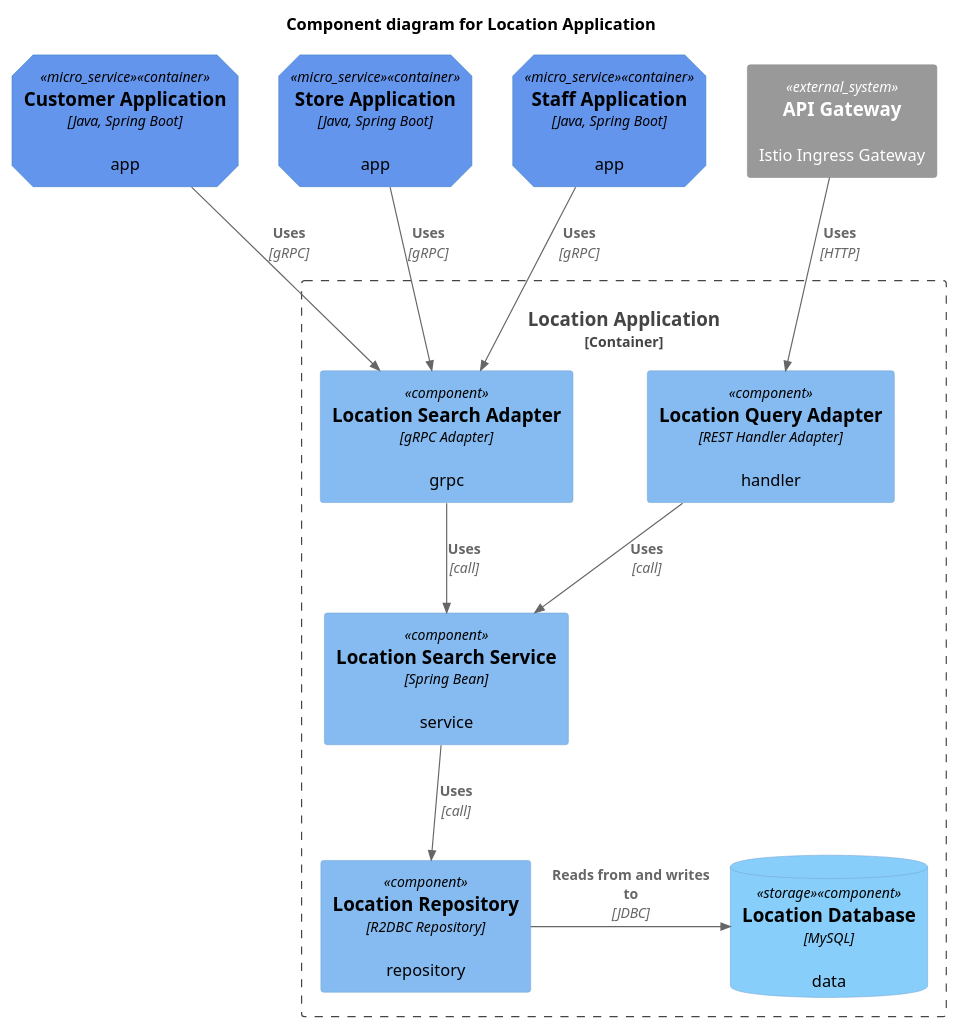
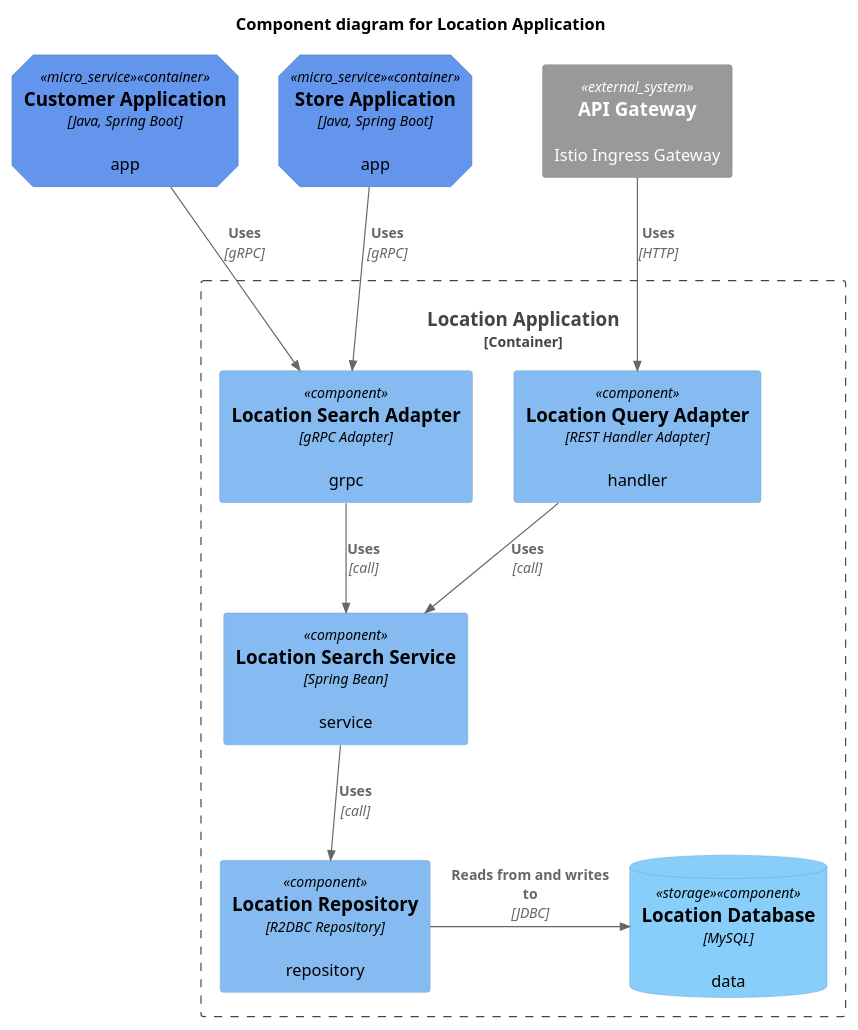
The diagram in diagram/component/location-application.puml (codejsha/sakila-microservices), drawn with PlantUML before and after one commit. The commit also changed 33 other files, not shown here.

Commit message:
update architecture

```diff
--- a/diagram/component/location-application.puml
+++ b/diagram/component/location-application.puml
@@ -1,36 +1,34 @@
 @startuml "location-application"
 !include https://raw.githubusercontent.com/plantuml-stdlib/C4-PlantUML/master/C4_Component.puml
 
 AddElementTag("micro_service", $shape=EightSidedShape(), $bgColor="CornflowerBlue", $fontColor="black", $legendText="micro service\neight sided")
 AddElementTag("storage", $shape=RoundedBoxShape(), $bgColor="lightSkyBlue", $fontColor="black")
 
 title Component diagram for Location Application
 
 Container(customer_app, "Customer Application", "Java, Spring Boot", "app", $tags = "micro_service")
 Container(store_app, "Store Application", "Java, Spring Boot", "app", $tags = "micro_service")
-Container(staff_app, "Staff Application", "Java, Spring Boot", "app", $tags = "micro_service")
 System_Ext(ingress_gateway, "API Gateway", "Istio Ingress Gateway")
 
 Container_Boundary(location_app, "Location Application") {
     Component(query_adapter, "Location Query Adapter", "REST Handler Adapter", "handler")
     Component(location_search_adapter, "Location Search Adapter", "gRPC Adapter", "grpc")
 
     Component(location_service, "Location Search Service", "Spring Bean", "service")
 
     Component(location_repository, "Location Repository", "R2DBC Repository", "repository")
     ComponentDb(location_db, "Location Database", "MySQL", "data", $tags = "storage")
 
     Rel(query_adapter, location_service, "Uses", "call")
     Rel(location_search_adapter, location_service, "Uses", "call")
 
     Rel(location_service, location_repository, "Uses", "call")
 
     Rel_R(location_repository, location_db, "Reads from and writes to", "JDBC")
 }
 
 Rel(customer_app, location_search_adapter, "Uses", "gRPC")
 Rel(store_app, location_search_adapter, "Uses", "gRPC")
-Rel(staff_app, location_search_adapter, "Uses", "gRPC")
 Rel(ingress_gateway, query_adapter, "Uses", "HTTP")
 
 @enduml
```
